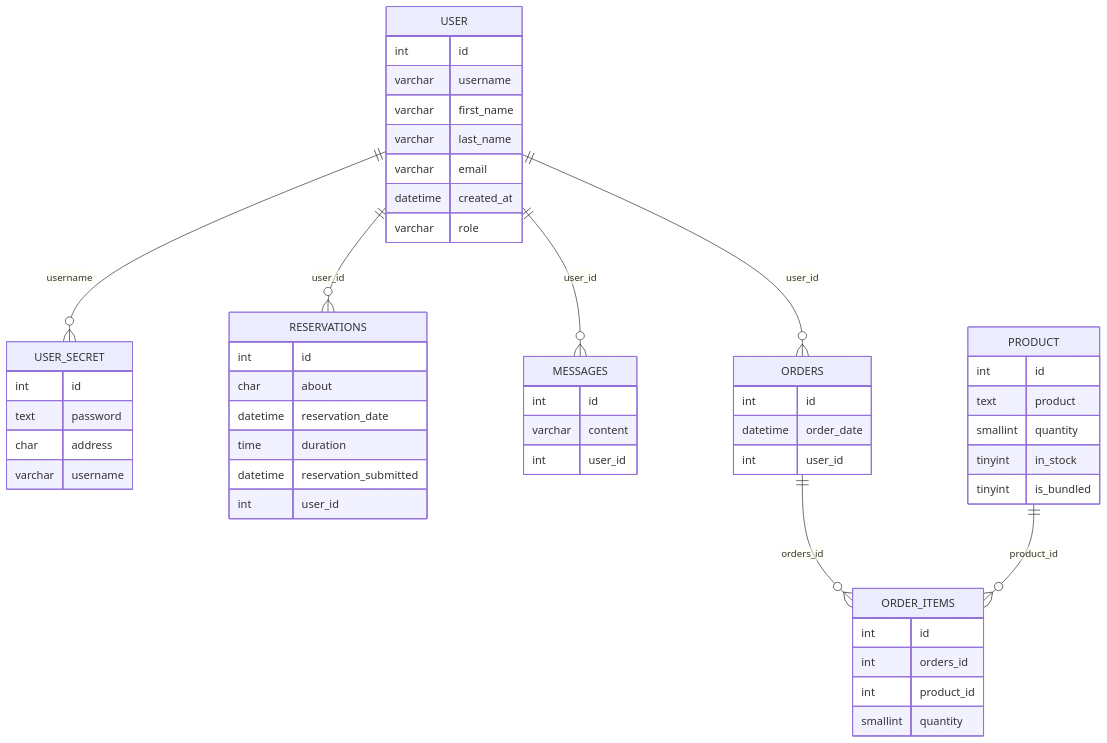
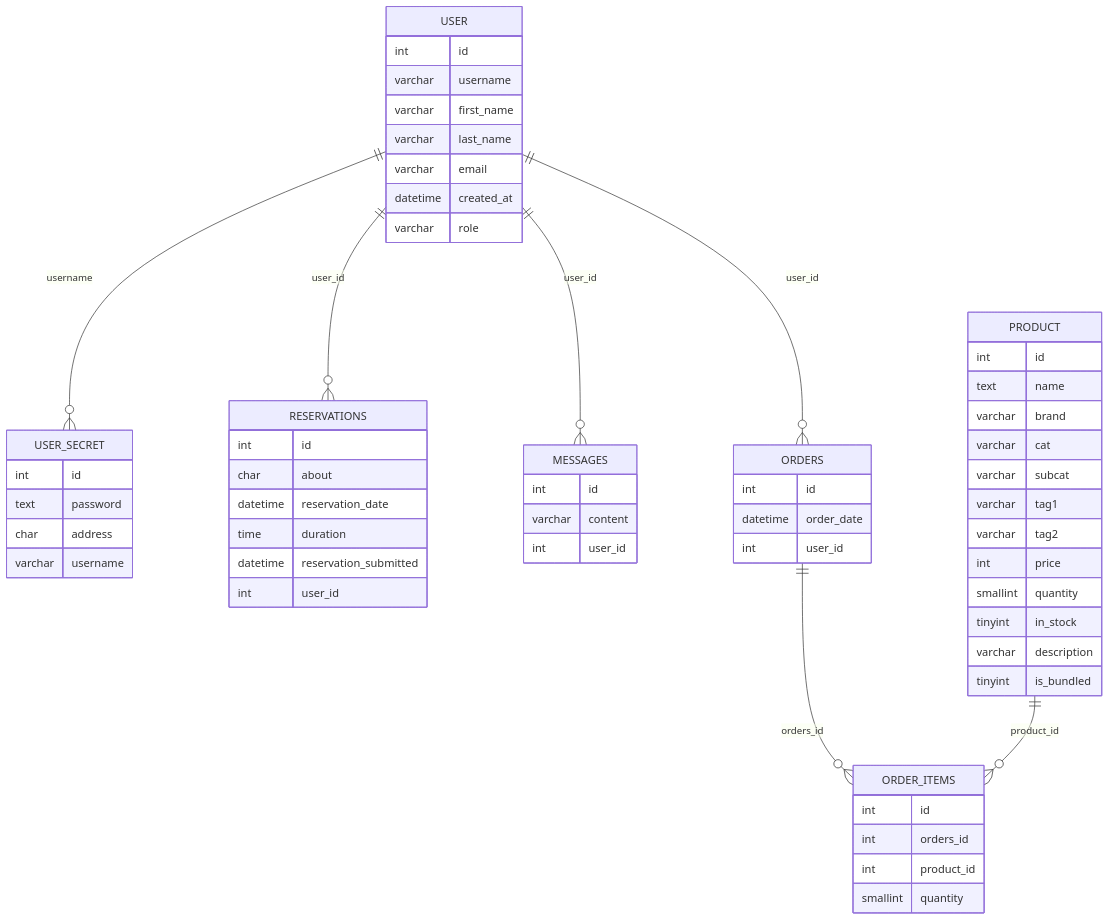
Before and after one commit to maggotstf2/mestermu: the diagram in API/docs/db-model.md, drawn with Mermaid. The commit also changed 9 other files, not shown here.

````diff
--- a/API/docs/db-model.md
+++ b/API/docs/db-model.md
@@ -5,63 +5,70 @@
 ```mermaid
 erDiagram
     USER {
         int id
         varchar username
         varchar first_name
         varchar last_name
         varchar email
         datetime created_at
         varchar role
     }
 
     USER_SECRET {
         int id
         text password
         char address
         varchar username
     }
 
     RESERVATIONS {
         int id
         char about
         datetime reservation_date
         time duration
         datetime reservation_submitted
         int user_id
     }
 
     MESSAGES {
         int id
         varchar content
         int user_id
     }
 
     ORDERS {
         int id
         datetime order_date
         int user_id
     }
 
     ORDER_ITEMS {
         int id
         int orders_id
         int product_id
         smallint quantity
     }
 
     PRODUCT {
         int id
-        text product
+        text name
+        varchar brand
+        varchar cat
+        varchar subcat
+        varchar tag1
+        varchar tag2
+        int price
         smallint quantity
         tinyint in_stock
+        varchar description
         tinyint is_bundled
     }
 
     USER ||--o{ USER_SECRET : "username"
     USER ||--o{ RESERVATIONS : "user_id"
     USER ||--o{ MESSAGES : "user_id"
     USER ||--o{ ORDERS : "user_id"
 
     ORDERS ||--o{ ORDER_ITEMS : "orders_id"
     PRODUCT ||--o{ ORDER_ITEMS : "product_id"
 ```
````
